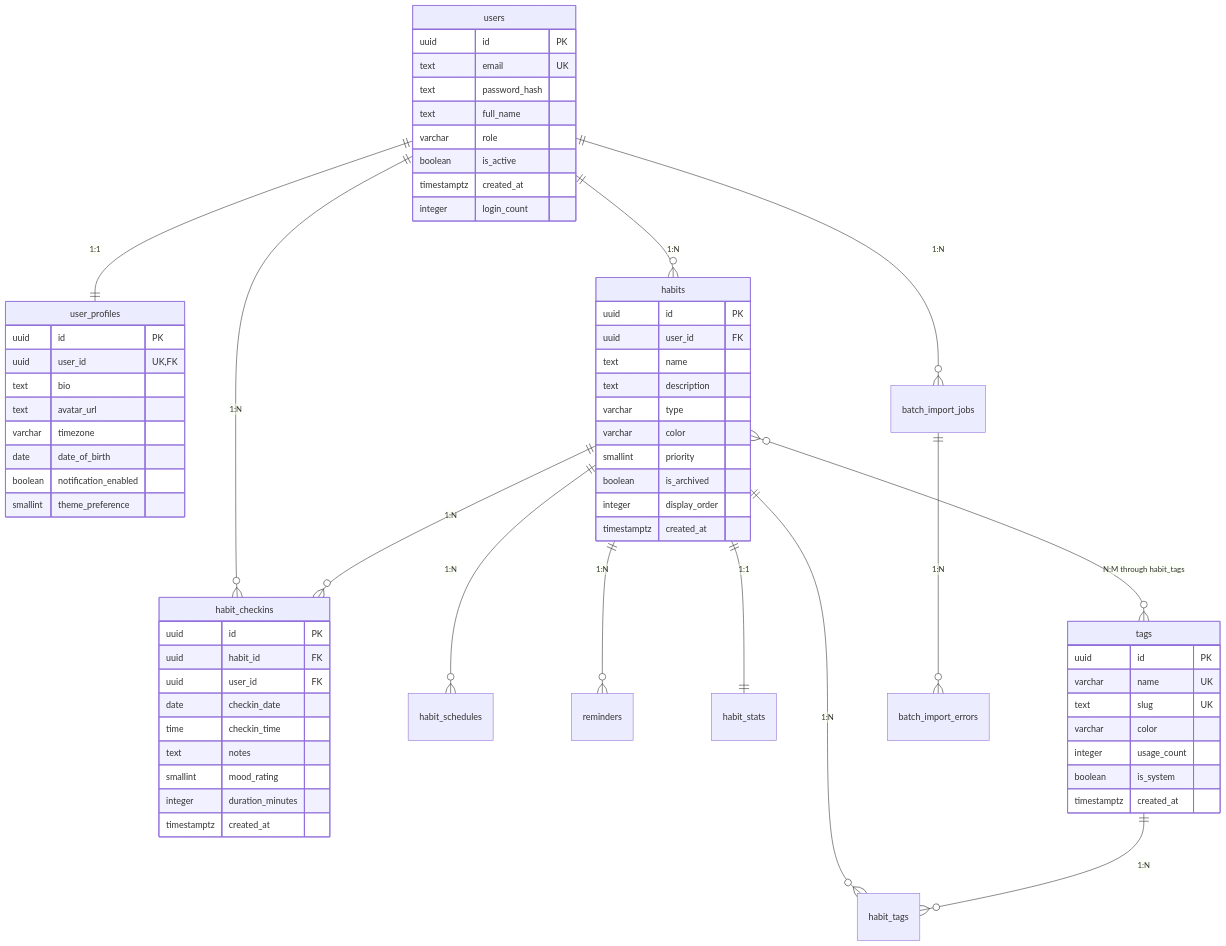
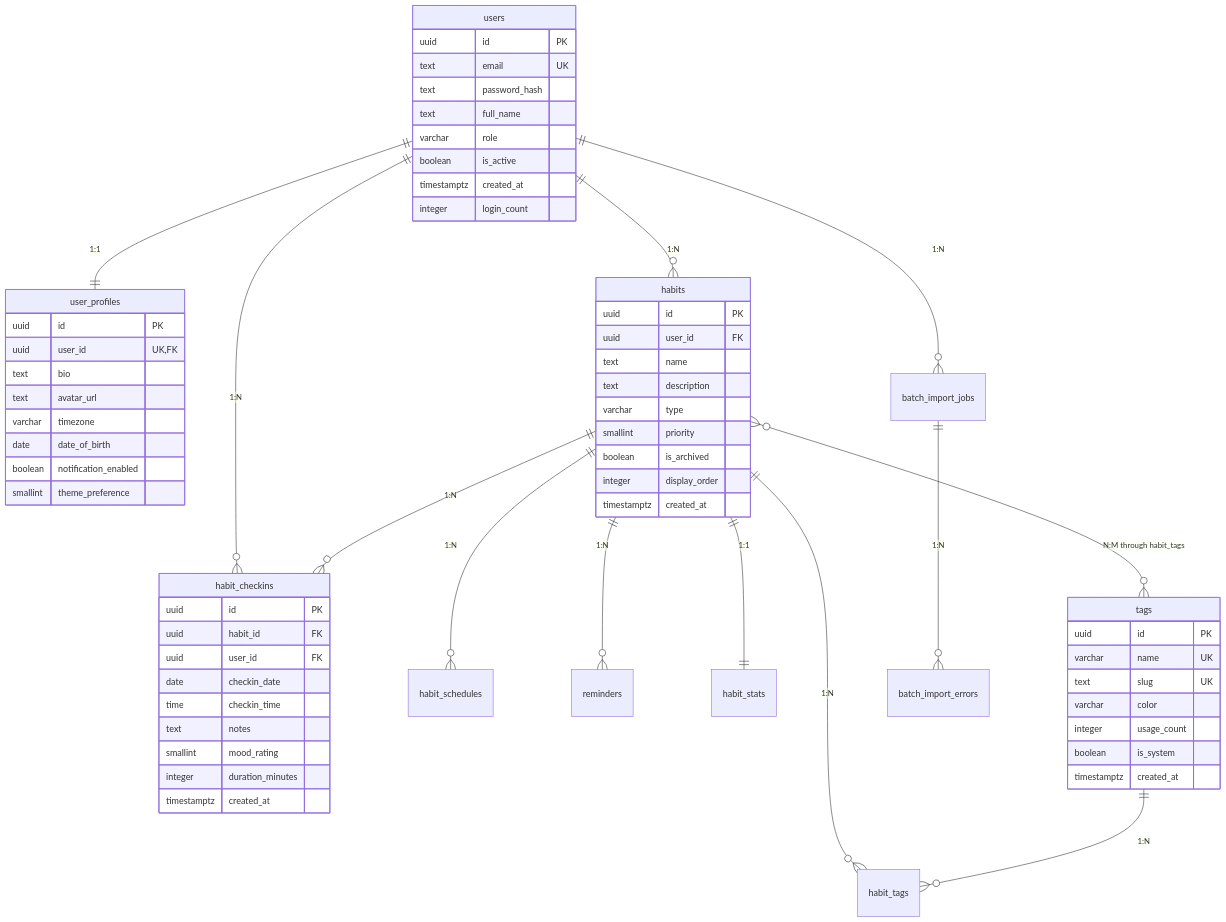
The diagram in docs/schema.md (Che4ve/CourseProj_DB), drawn with Mermaid before and after one commit. The commit also changed other lines of this file and 9 other files, not shown here.

````diff
--- a/docs/schema.md
+++ b/docs/schema.md
@@ -360,75 +359,74 @@
 ```mermaid
 erDiagram
     users ||--|| user_profiles : "1:1"
     users ||--o{ habits : "1:N"
     users ||--o{ habit_checkins : "1:N"
     users ||--o{ batch_import_jobs : "1:N"
     
     habits ||--o{ habit_schedules : "1:N"
     habits ||--o{ habit_checkins : "1:N"
     habits ||--o{ reminders : "1:N"
     habits ||--|| habit_stats : "1:1"
     
     habits }o--o{ tags : "N:M through habit_tags"
     habits ||--o{ habit_tags : "1:N"
     tags ||--o{ habit_tags : "1:N"
     
     batch_import_jobs ||--o{ batch_import_errors : "1:N"
     
     users {
         uuid id PK
         text email UK
         text password_hash
         text full_name
         varchar role
         boolean is_active
         timestamptz created_at
         integer login_count
     }
     
     user_profiles {
         uuid id PK
         uuid user_id UK,FK
         text bio
         text avatar_url
         varchar timezone
         date date_of_birth
         boolean notification_enabled
         smallint theme_preference
     }
     
     habits {
         uuid id PK
         uuid user_id FK
         text name
         text description
         varchar type
-        varchar color
         smallint priority
         boolean is_archived
         integer display_order
         timestamptz created_at
     }
     
     habit_checkins {
         uuid id PK
         uuid habit_id FK
         uuid user_id FK
         date checkin_date
         time checkin_time
         text notes
         smallint mood_rating
         integer duration_minutes
         timestamptz created_at
     }
     
     tags {
         uuid id PK
         varchar name UK
         text slug UK
         varchar color
         integer usage_count
         boolean is_system
         timestamptz created_at
     }
 ```
````
